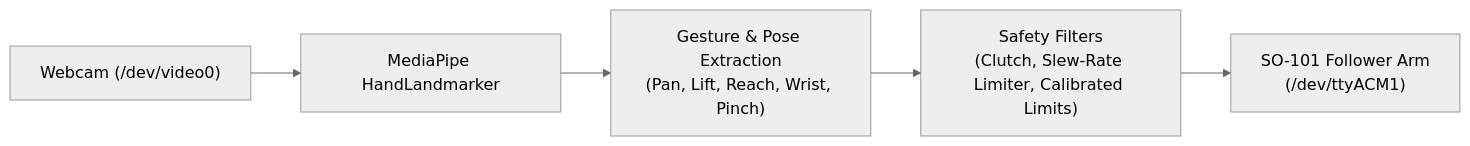
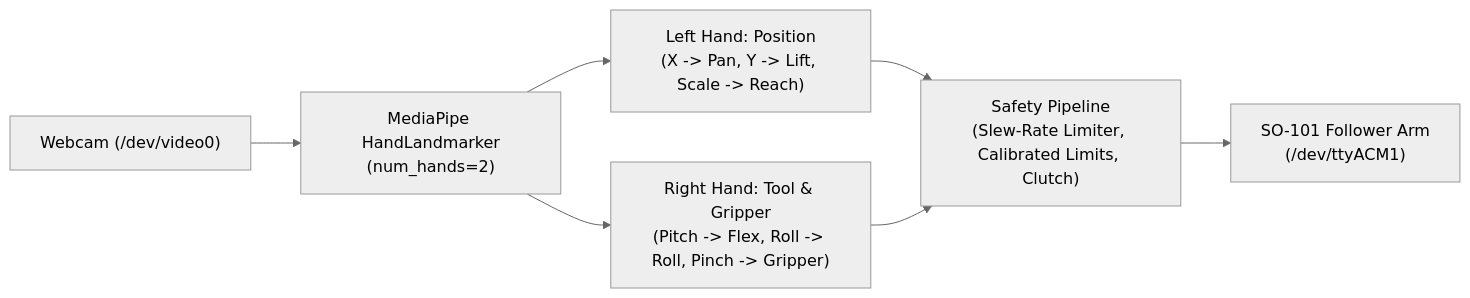
One commit to MattiArlo/so101-hand-teleop changed the diagram in README.md. Above: the diagram before and after it, drawn with Mermaid (neutral theme). The commit also changed other lines of this file and 1 other file, not shown here.

First line of the commit message:
feat: implement decoupled dual-hand teleoperation controls

````diff
--- a/README.md
+++ b/README.md
@@ -26,7 +41,9 @@
 ```mermaid
 flowchart LR
-    A["Webcam (/dev/video0)"] --> B["MediaPipe HandLandmarker"]
-    B --> C["Gesture & Pose Extraction\n(Pan, Lift, Reach, Wrist, Pinch)"]
-    C --> D["Safety Filters\n(Clutch, Slew-Rate Limiter, Calibrated Limits)"]
-    D --> E["SO-101 Follower Arm\n(/dev/ttyACM1)"]
+    A["Webcam (/dev/video0)"] --> B["MediaPipe HandLandmarker\n(num_hands=2)"]
+    B --> C["Left Hand: Position\n(X -> Pan, Y -> Lift, Scale -> Reach)"]
+    B --> D["Right Hand: Tool & Gripper\n(Pitch -> Flex, Roll -> Roll, Pinch -> Gripper)"]
+    C --> E["Safety Pipeline\n(Slew-Rate Limiter, Calibrated Limits, Clutch)"]
+    D --> E
+    E --> F["SO-101 Follower Arm\n(/dev/ttyACM1)"]
 ```
````
